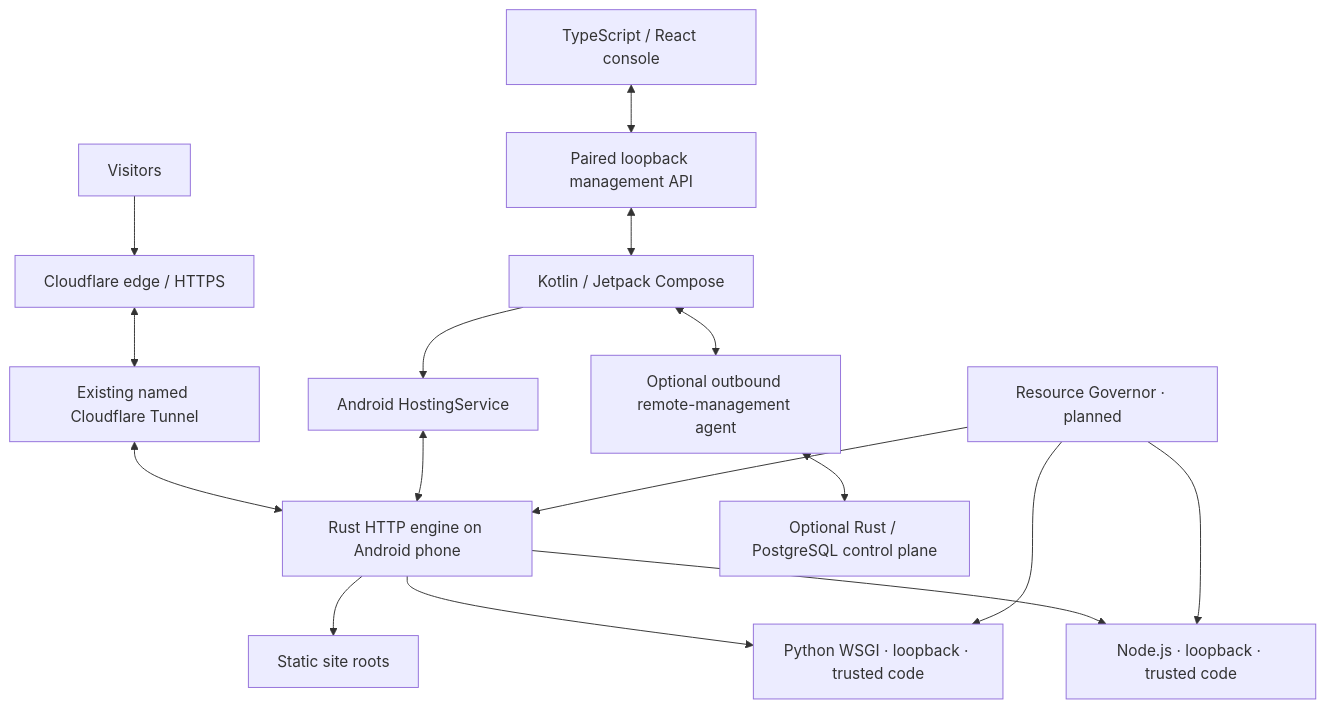
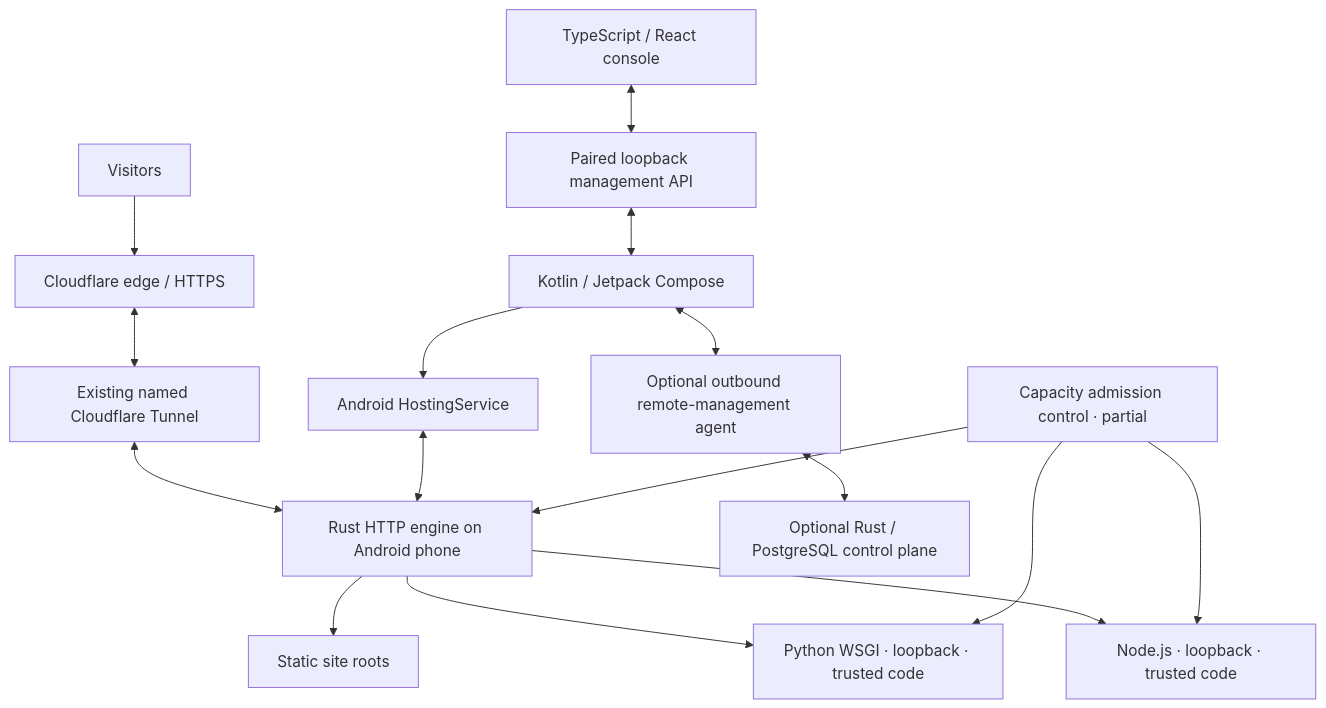
One commit to AssayFlux/PocketHost changed the diagram in README.md. Above: the diagram before and after it, drawn with Mermaid. The commit also changed other lines of this file and 13 other files, not shown here.

Commit message:
Implement capacity admission controls and daily operations snapshots

````diff
--- a/README.md
+++ b/README.md
@@ -34,18 +44,18 @@
 ```mermaid
 flowchart TB
   V[Visitors] --> CF[Cloudflare edge / HTTPS]
   CF <--> T[Existing named Cloudflare Tunnel]
   T <--> R[Rust HTTP engine on Android phone]
   R --> S[Static site roots]
   R --> P[Python WSGI · loopback · trusted code]
   R --> N[Node.js · loopback · trusted code]
   A[Kotlin / Jetpack Compose] --> H[Android HostingService]
   H <--> R
   C[TypeScript / React console] <--> M[Paired loopback management API]
   M <--> A
   A <--> O[Optional outbound remote-management agent]
   O <--> CP[Optional Rust / PostgreSQL control plane]
-  G[Resource Governor · planned] --> R
+  G[Capacity admission control · partial] --> R
   G --> P
   G --> N
 ```
````
